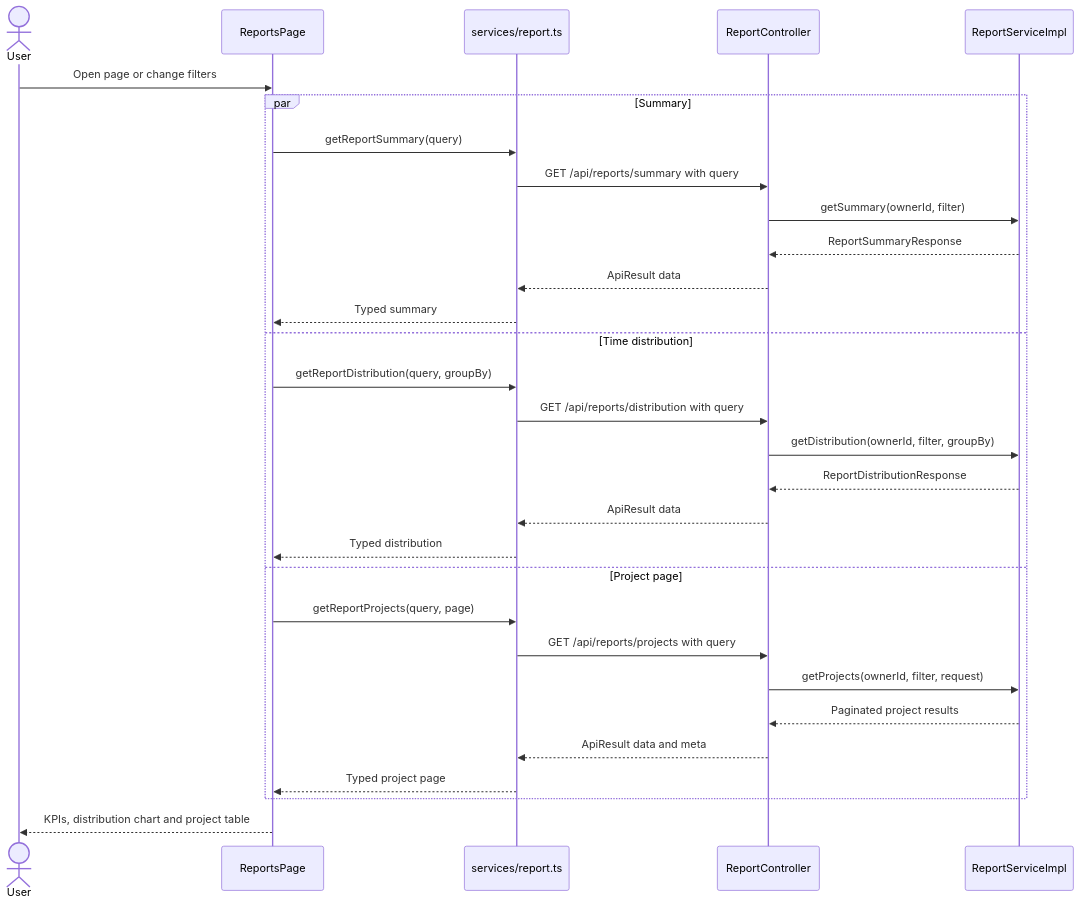
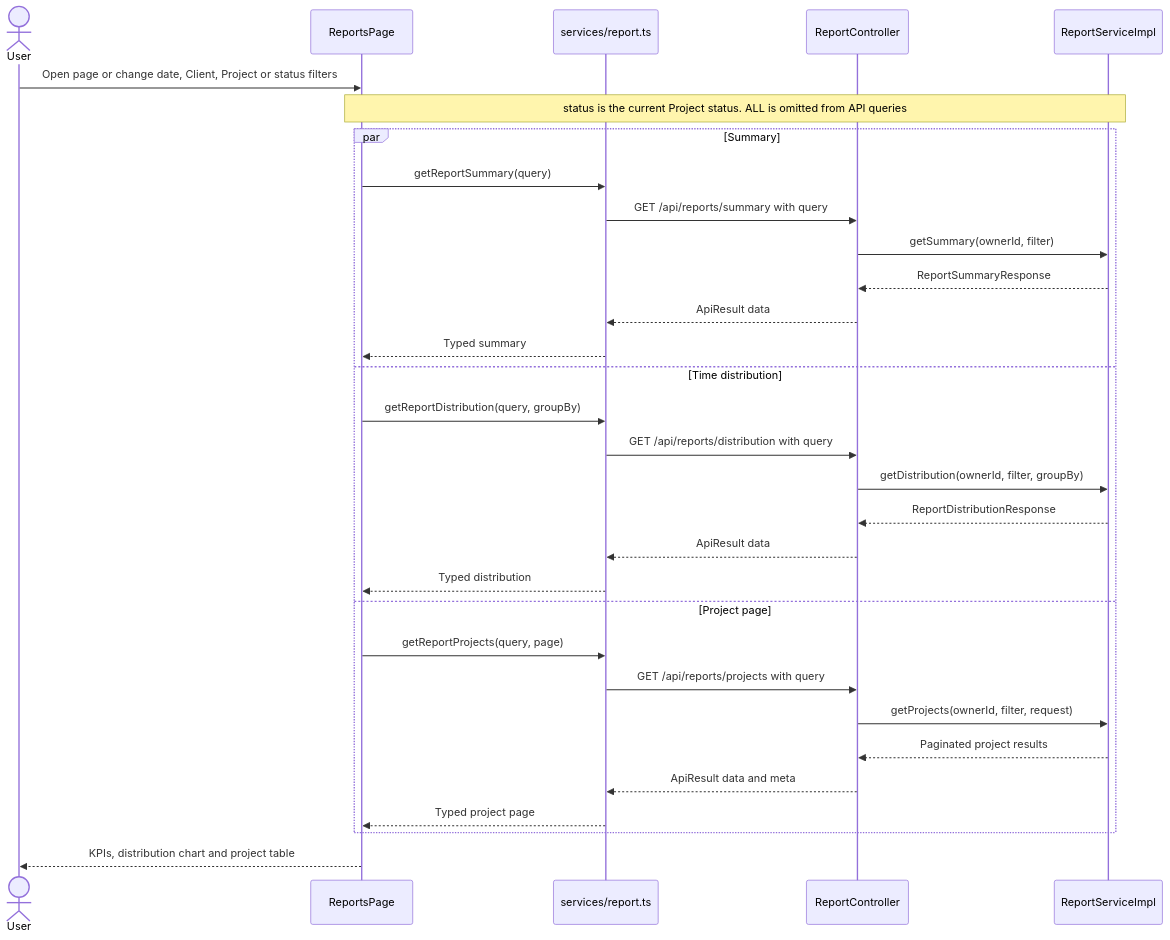
Before and after one commit to lillianxhub/freelance-hub: the fifth of 6 diagrams in doc/diagrams/sequence-diagram.md, drawn with Mermaid. The commit also changed other lines of this file and 12 other files, not shown here.

````diff
--- a/doc/diagrams/sequence-diagram.md
+++ b/doc/diagrams/sequence-diagram.md
@@ -236,33 +236,34 @@
 ```mermaid
 sequenceDiagram
     actor User
     participant Page as ReportsPage
     participant Service as services/report.ts
     participant API as ReportController
     participant Logic as ReportServiceImpl
 
-    User->>Page: Open page or change filters
+    User->>Page: Open page or change date, Client, Project or status filters
+    Note over Page,Logic: status is the current Project status. ALL is omitted from API queries
     par Summary
         Page->>Service: getReportSummary(query)
         Service->>API: GET /api/reports/summary with query
         API->>Logic: getSummary(ownerId, filter)
         Logic-->>API: ReportSummaryResponse
         API-->>Service: ApiResult data
         Service-->>Page: Typed summary
     and Time distribution
         Page->>Service: getReportDistribution(query, groupBy)
         Service->>API: GET /api/reports/distribution with query
         API->>Logic: getDistribution(ownerId, filter, groupBy)
         Logic-->>API: ReportDistributionResponse
         API-->>Service: ApiResult data
         Service-->>Page: Typed distribution
     and Project page
         Page->>Service: getReportProjects(query, page)
         Service->>API: GET /api/reports/projects with query
         API->>Logic: getProjects(ownerId, filter, request)
         Logic-->>API: Paginated project results
         API-->>Service: ApiResult data and meta
         Service-->>Page: Typed project page
     end
     Page-->>User: KPIs, distribution chart and project table
 ```
````
